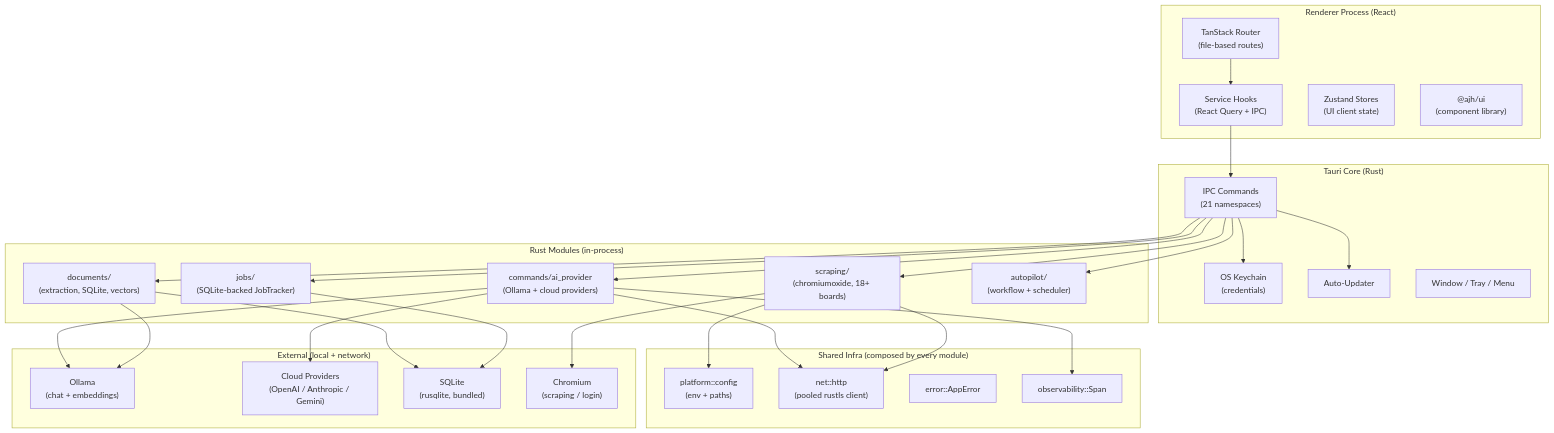
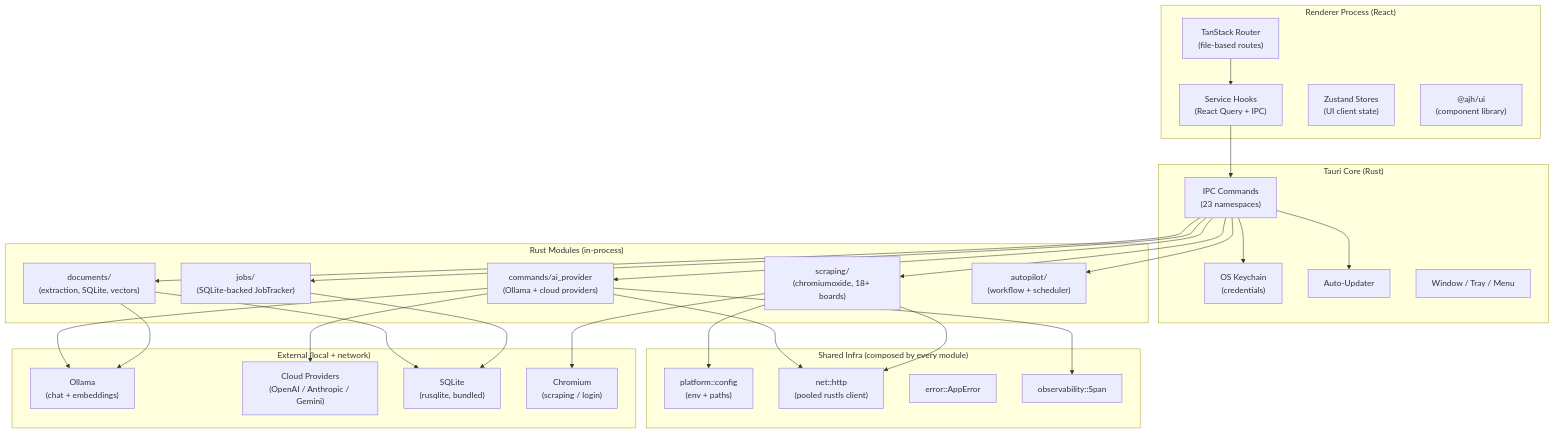
Before and after one commit to saeedkolivand/ai-job-hunter-app: the first of 7 diagrams in docs/ARCHITECTURE.md, drawn with Mermaid. The commit also changed other lines of this file and 10 other files, not shown here.

````diff
--- a/docs/ARCHITECTURE.md
+++ b/docs/ARCHITECTURE.md
@@ -15,58 +15,58 @@
 ```mermaid
 graph TB
     subgraph Renderer["Renderer Process (React)"]
         Router["TanStack Router\n(file-based routes)"]
         Services["Service Hooks\n(React Query + IPC)"]
         Stores["Zustand Stores\n(UI client state)"]
         UILib["@ajh/ui\n(component library)"]
     end
 
     subgraph Tauri["Tauri Core (Rust)"]
-        Commands["IPC Commands\n(21 namespaces)"]
+        Commands["IPC Commands\n(23 namespaces)"]
         Keychain["OS Keychain\n(credentials)"]
         Updater["Auto-Updater"]
         Window["Window / Tray / Menu"]
     end
 
     subgraph RustModules["Rust Modules (in-process)"]
         Scraping["scraping/\n(chromiumoxide, 18+ boards)"]
         Documents["documents/\n(extraction, SQLite, vectors)"]
         AiProvider["commands/ai_provider\n(Ollama + cloud providers)"]
         Jobs["jobs/\n(SQLite-backed JobTracker)"]
         Autopilot["autopilot/\n(workflow + scheduler)"]
     end
 
     subgraph Shared["Shared Infra (composed by every module)"]
         Config["platform::config\n(env + paths)"]
         Net["net::http\n(pooled rustls client)"]
         Err["error::AppError"]
         Obs["observability::Span"]
     end
 
     subgraph External["External (local + network)"]
         Ollama["Ollama\n(chat + embeddings)"]
         Cloud["Cloud Providers\n(OpenAI / Anthropic / Gemini)"]
         SQLite["SQLite\n(rusqlite, bundled)"]
         Browser["Chromium\n(scraping / login)"]
     end
 
     Router --> Services
     Services --> Commands
     Commands --> Scraping
     Commands --> Documents
     Commands --> AiProvider
     Commands --> Jobs
     Commands --> Autopilot
     AiProvider --> Ollama
     AiProvider --> Cloud
     Documents --> SQLite
     Documents --> Ollama
     Jobs --> SQLite
     Scraping --> Browser
     Commands --> Keychain
     Commands --> Updater
     AiProvider --> Net
     Scraping --> Net
     AiProvider --> Obs
     Scraping --> Config
 ```
````
